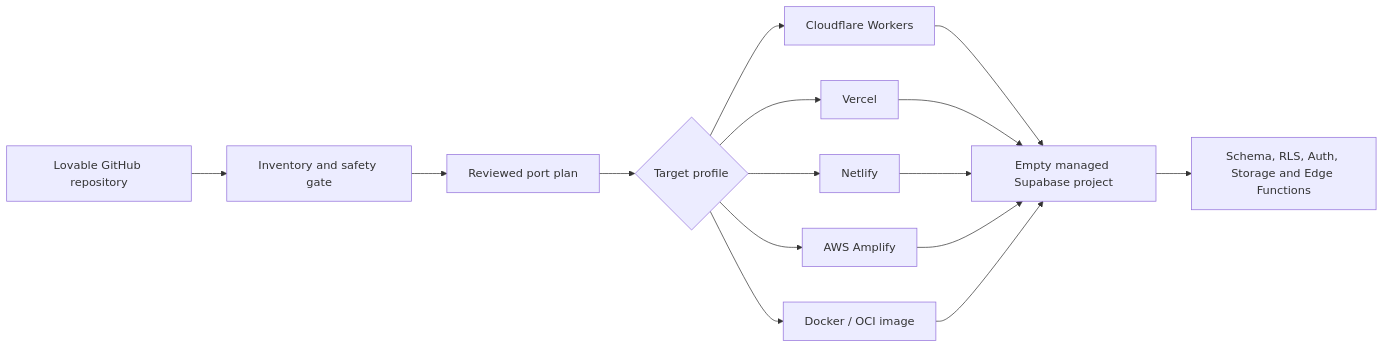
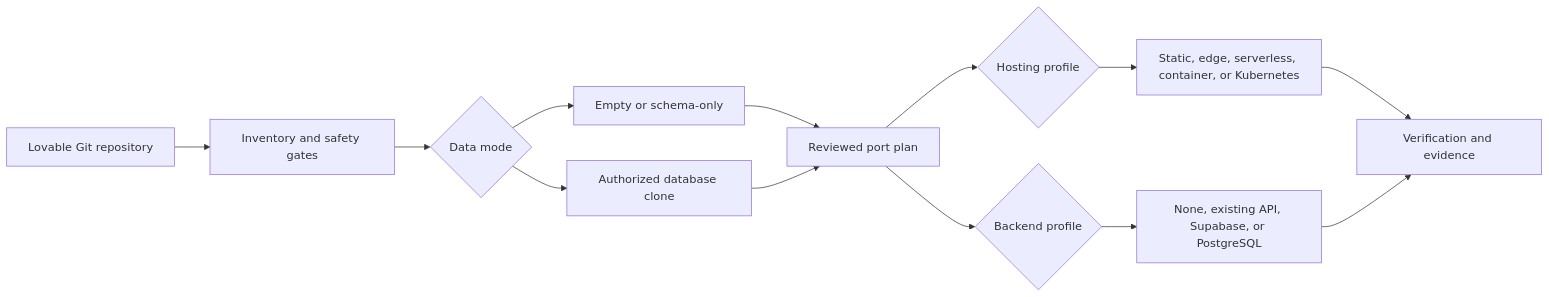
One commit to adamhjort/lovable-porting-agent changed the diagram in README.md. Above: the diagram before and after it, drawn with Mermaid. The commit also changed other lines of this file and 22 other files, not shown here.

Commit message:
Add independent hosting backend and data profiles

````diff
--- a/README.md
+++ b/README.md
@@ -25,17 +28,15 @@
 ```mermaid
 flowchart LR
-    A["Lovable GitHub repository"] --> B["Inventory and safety gate"]
-    B --> C["Reviewed port plan"]
-    C --> D{"Target profile"}
-    D --> CF["Cloudflare Workers"]
-    D --> VE["Vercel"]
-    D --> NE["Netlify"]
-    D --> AW["AWS Amplify"]
-    D --> DO["Docker / OCI image"]
-    CF --> S["Empty managed Supabase project"]
-    VE --> S
-    NE --> S
-    AW --> S
-    DO --> S
-    S --> G["Schema, RLS, Auth, Storage and Edge Functions"]
+    A["Lovable Git repository"] --> I["Inventory and safety gates"]
+    I --> D{"Data mode"}
+    D --> E["Empty or schema-only"]
+    D --> C["Authorized database clone"]
+    E --> P["Reviewed port plan"]
+    C --> P
+    P --> H{"Hosting profile"}
+    P --> B{"Backend profile"}
+    H --> X["Static, edge, serverless, container, or Kubernetes"]
+    B --> Y["None, existing API, Supabase, or PostgreSQL"]
+    X --> V["Verification and evidence"]
+    Y --> V
 ```
````
